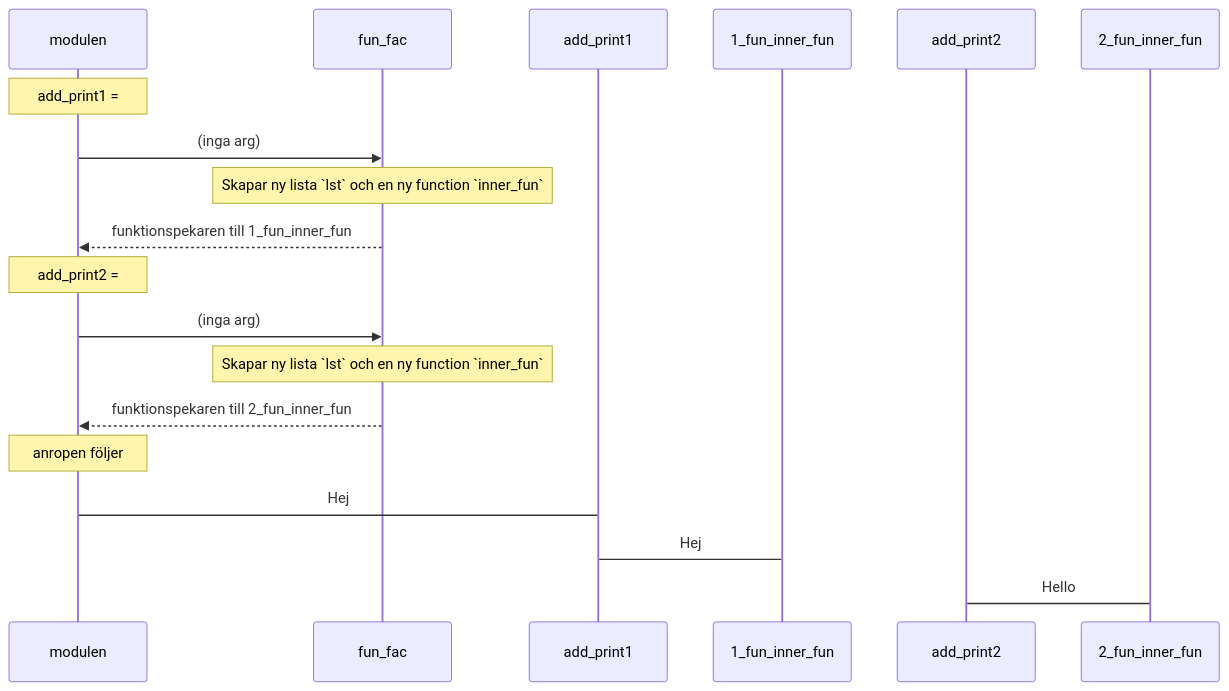
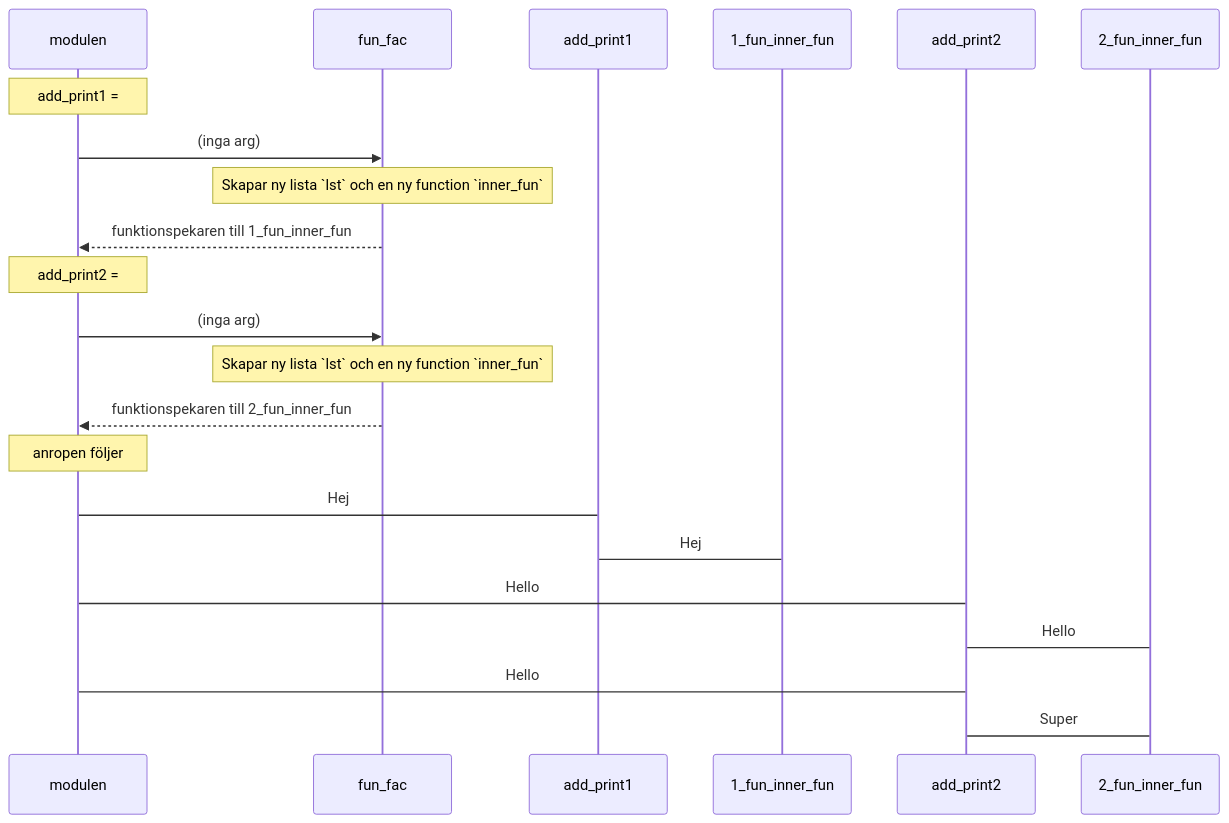
One commit to nackc8/py-live changed the fifth of 5 diagrams in ITINF24/lektion9/refs_scope.md. Above: the diagram before and after it, drawn with Mermaid. The commit also changed other lines of this file, not shown here.

````diff
--- a/ITINF24/lektion9/refs_scope.md
+++ b/ITINF24/lektion9/refs_scope.md
@@ -89,17 +89,20 @@
 ```mermaid
 sequenceDiagram
     Note over modulen: add_print1 =
     modulen->>fun_fac: (inga arg)
     Note over fun_fac: Skapar ny lista `lst` och en ny function `inner_fun`
     fun_fac-->>modulen: funktionspekaren till 1_fun_inner_fun
 
     Note over modulen: add_print2 =
     modulen->>fun_fac: (inga arg)
     Note over fun_fac: Skapar ny lista `lst` och en ny function `inner_fun`
     fun_fac-->>modulen: funktionspekaren till 2_fun_inner_fun
     Note over modulen: anropen följer
     modulen->add_print1: Hej
     add_print1->1_fun_inner_fun: Hej
+    modulen->add_print2: Hello
     add_print2->2_fun_inner_fun: Hello
+    modulen->add_print2: Hello
+    add_print2->2_fun_inner_fun: Super
 
 ```
````
